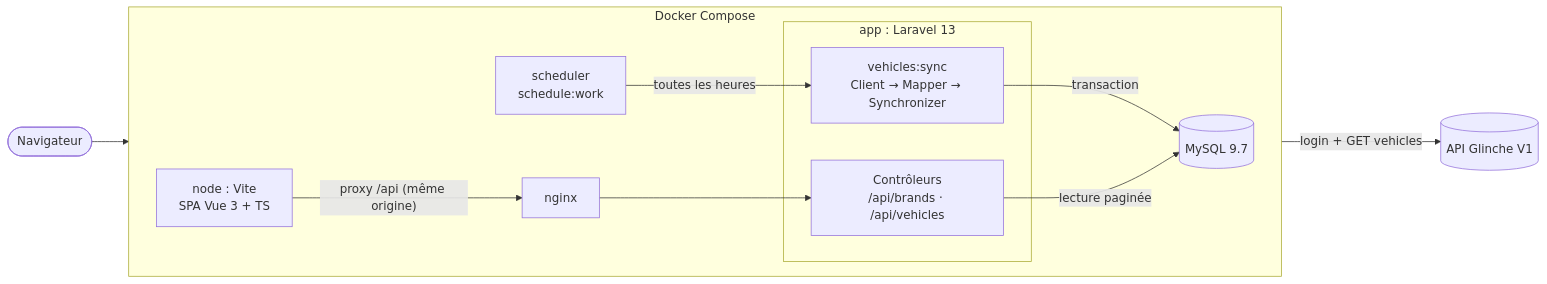
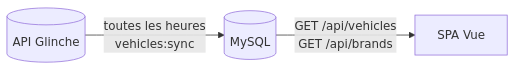
One commit to Razigue/glinche-vehicle-catalog changed the first of 2 diagrams in README.md. Above: the diagram before and after it, drawn with Mermaid. The commit also changed other lines of this file, not shown here.

````diff
--- a/README.md
+++ b/README.md
@@ -97,26 +44,5 @@
 ```mermaid
 flowchart LR
-    glinche[("API Glinche V1")]
-
-    subgraph docker["Docker Compose"]
-        direction LR
-        scheduler["scheduler<br/>schedule:work"]
-        subgraph app["app : Laravel 13"]
-            sync["vehicles:sync<br/>Client → Mapper → Synchronizer"]
-            api["Contrôleurs<br/>/api/brands · /api/vehicles"]
-        end
-        mysql[("MySQL 9.7")]
-        nginx["nginx"]
-        node["node : Vite<br/>SPA Vue 3 + TS"]
-    end
-
-    browser(["Navigateur"])
-
-    scheduler -- "toutes les heures" --> sync
-    sync -- "login + GET vehicles" --> glinche
-    sync -- "transaction" --> mysql
-    api -- "lecture paginée" --> mysql
-    nginx --> api
-    browser --> node
-    node -- "proxy /api (même origine)" --> nginx
+    G[("API Glinche")] -->|"toutes les heures<br/>vehicles:sync"| DB[("MySQL")]
+    DB -->|"GET /api/vehicles<br/>GET /api/brands"| V["SPA Vue"]
 ```
````
